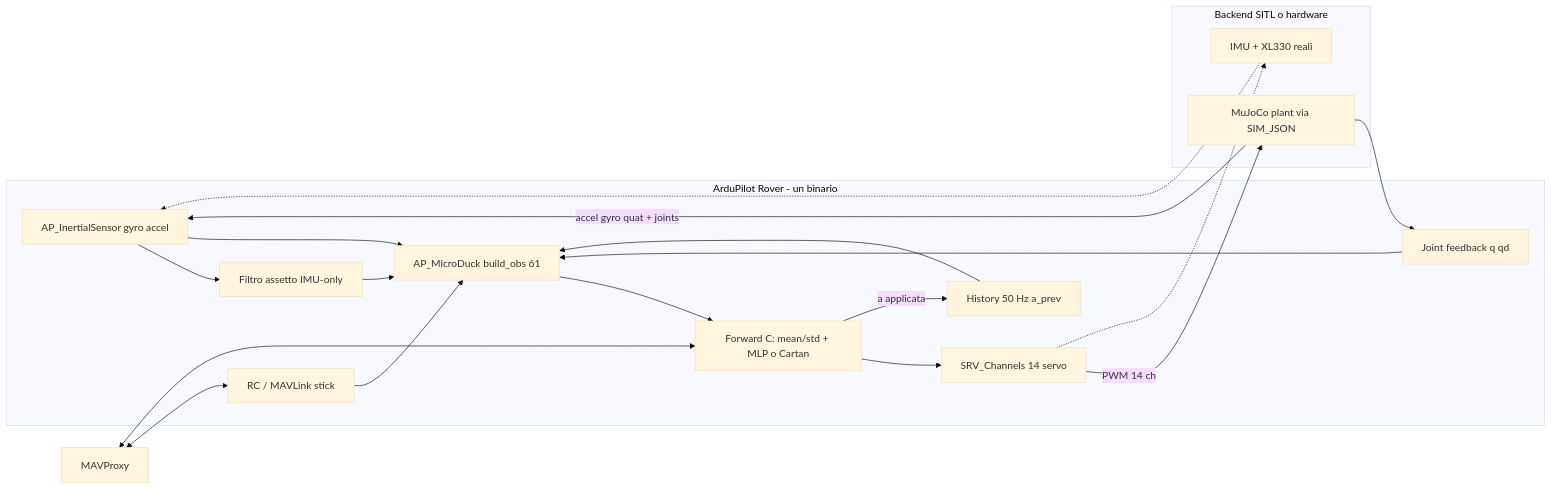
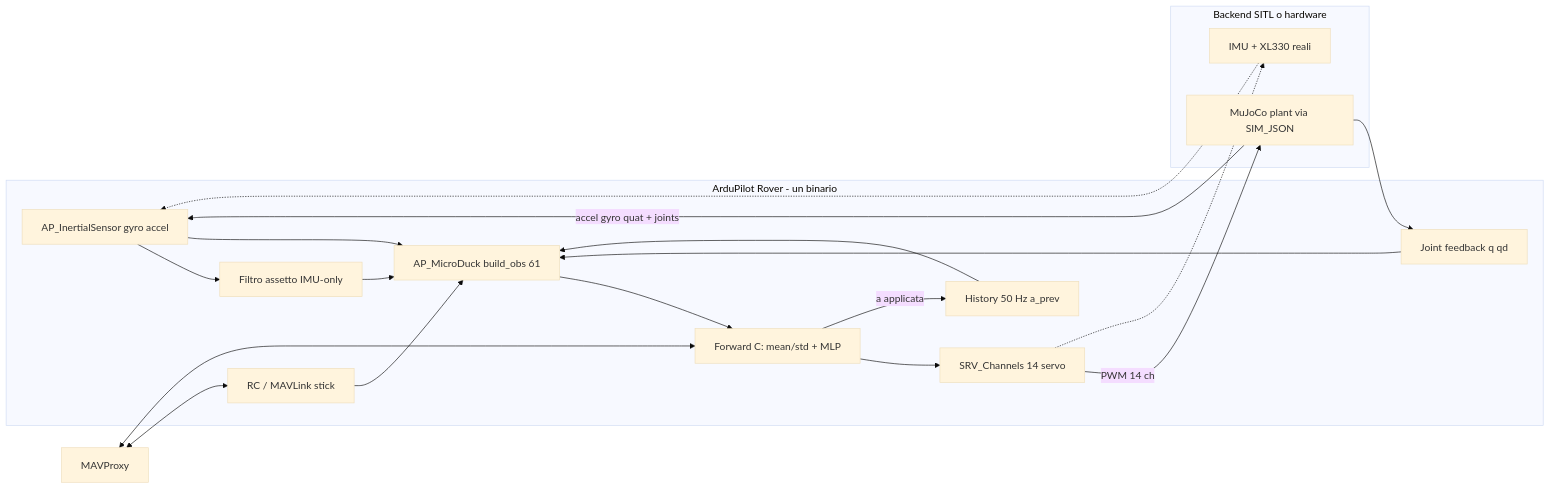
The diagram in docs/progetto-microduck-ardupilot-ppo.md (virtualrobotix/Arudpilot-Neural-Mixer), drawn with Mermaid (base theme) before and after one commit. The commit also changed other lines of this file and 8 other files, not shown here.

Commit message:
Document the deployed MLP policy only; keep Cartan in the dedicated copy repo.

````diff
--- a/docs/progetto-microduck-ardupilot-ppo.md
+++ b/docs/progetto-microduck-ardupilot-ppo.md
@@ -30,31 +30,31 @@
 ```mermaid
 flowchart LR
   subgraph ap [ArduPilot Rover - un binario]
     INS[AP_InertialSensor gyro accel]
     CF[Filtro assetto IMU-only]
     JFB[Joint feedback q qd]
     RC[RC / MAVLink stick]
     HIST[History 50 Hz a_prev]
     OBS[AP_MicroDuck build_obs 61]
-    NET[Forward C: mean/std + MLP o Cartan]
+    NET[Forward C: mean/std + MLP]
     SRV[SRV_Channels 14 servo]
     INS --> CF --> OBS
     INS --> OBS
     JFB --> OBS
     RC --> OBS
     HIST --> OBS
     OBS --> NET --> SRV
     NET -->|a applicata| HIST
   end
   subgraph sitl [Backend SITL o hardware]
     MJ[MuJoCo plant via SIM_JSON]
     HW[IMU + XL330 reali]
   end
   SRV -->|PWM 14 ch| MJ
   MJ -->|accel gyro quat + joints| INS
   MJ --> JFB
   SRV -.-> HW
   HW -.-> INS
   GCS[MAVProxy] <--> RC
   GCS <--> NET
 ```
````
